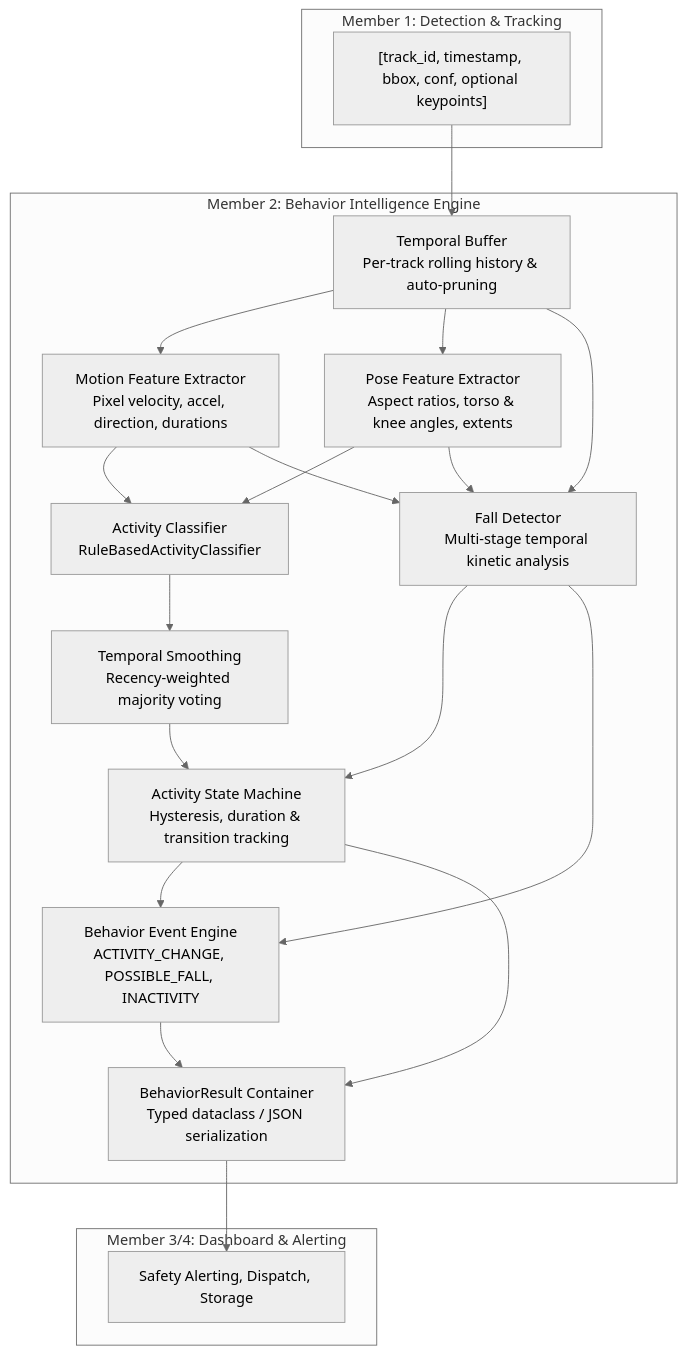
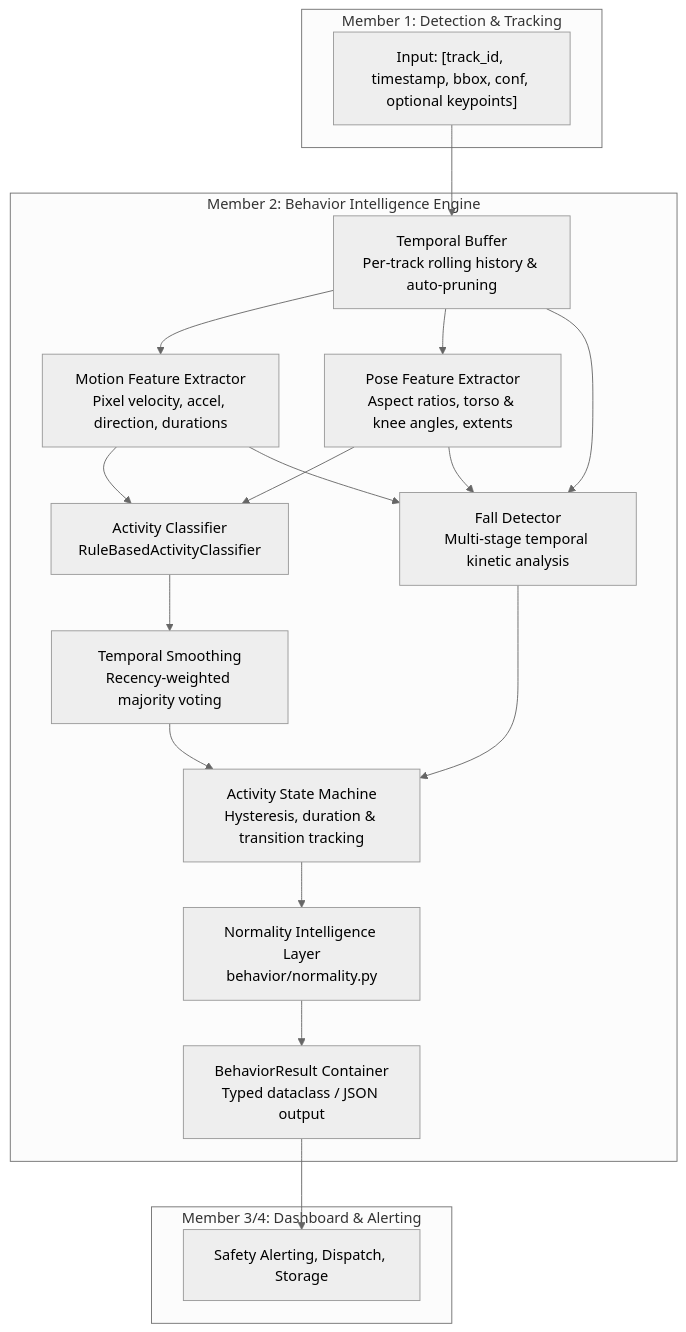
One commit to somenparida/999ms changed the diagram in README.md. Above: the diagram before and after it, drawn with Mermaid (neutral theme). The commit also changed other lines of this file, not shown here.

````diff
--- a/README.md
+++ b/README.md
@@ -23,39 +41,37 @@
 ```mermaid
 graph TD
     subgraph Member1[Member 1: Detection & Tracking]
-        M1Out["[track_id, timestamp, bbox, conf, optional keypoints]"]
+        M1Out["Input: [track_id, timestamp, bbox, conf, optional keypoints]"]
     end
 
     subgraph BehaviorIntelligence[Member 2: Behavior Intelligence Engine]
         TB[Temporal Buffer\nPer-track rolling history & auto-pruning]
         MF[Motion Feature Extractor\nPixel velocity, accel, direction, durations]
         PF[Pose Feature Extractor\nAspect ratios, torso & knee angles, extents]
         AC[Activity Classifier\nRuleBasedActivityClassifier]
         TS[Temporal Smoothing\nRecency-weighted majority voting]
         FD[Fall Detector\nMulti-stage temporal kinetic analysis]
         SM[Activity State Machine\nHysteresis, duration & transition tracking]
-        BE[Behavior Event Engine\nACTIVITY_CHANGE, POSSIBLE_FALL, INACTIVITY]
-        BR[BehaviorResult Container\nTyped dataclass / JSON serialization]
+        NL[Normality Intelligence Layer\nbehavior/normality.py]
+        BR[BehaviorResult Container\nTyped dataclass / JSON output]
     end
 
     subgraph Downstream[Member 3/4: Dashboard & Alerting]
         Consumers[Safety Alerting, Dispatch, Storage]
     end
 
     M1Out --> TB
     TB --> MF
     TB --> PF
     MF --> AC
     PF --> AC
     AC --> TS
     TB --> FD
     MF --> FD
     PF --> FD
     TS --> SM
     FD --> SM
-    FD --> BE
-    SM --> BE
-    SM --> BR
-    BE --> BR
+    SM --> NL
+    NL --> BR
     BR --> Consumers
 ```
````
